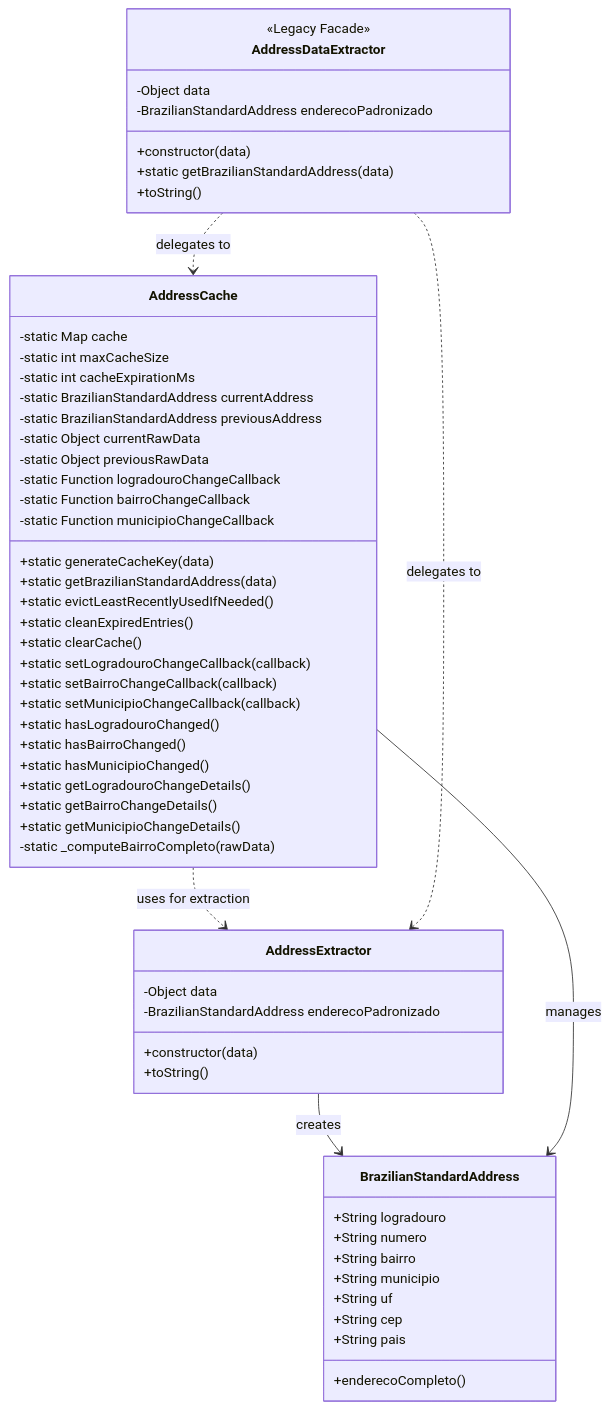
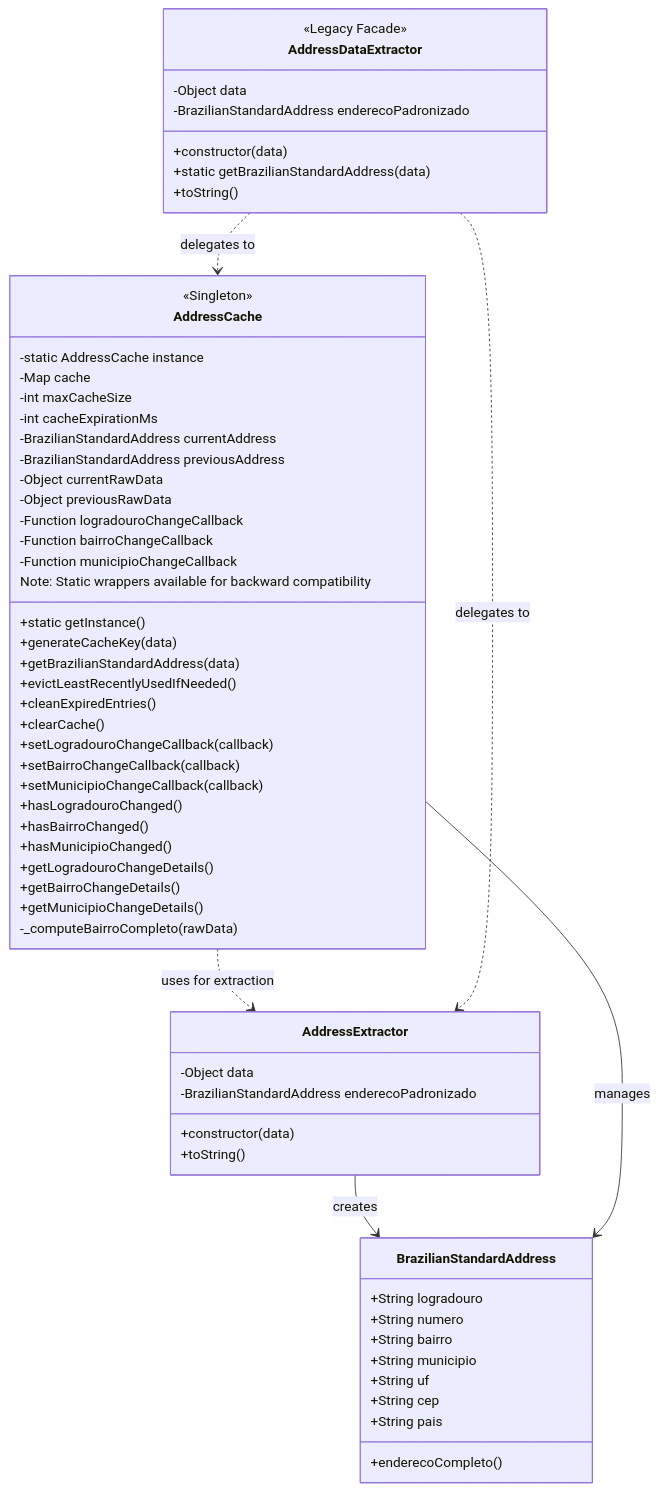
One commit to mpbarbosa/guia.js changed the first of 2 diagrams in docs/CLASS_DIAGRAM.md. Above: the diagram before and after it, drawn with Mermaid. The commit also changed other lines of this file, not shown here.

Commit message:
Update documentation for AddressCache singleton pattern
Update CLASS_DIAGRAM.md to reflect singleton pattern implementation:
- Document getInstance() method and singleton instance
- Update class diagram to show singleton stereotype
- Update usage examples with both static wrapper and instance usage
- Update best practices to include singleton-specific guidance
- Add testing notes for singleton behavior verification

````diff
--- a/docs/CLASS_DIAGRAM.md
+++ b/docs/CLASS_DIAGRAM.md
@@ -35,63 +35,67 @@
 ```mermaid
 classDiagram
     class AddressExtractor {
         -Object data
         -BrazilianStandardAddress enderecoPadronizado
         +constructor(data)
         +toString()
     }
     
     class AddressCache {
-        -static Map cache
-        -static int maxCacheSize
-        -static int cacheExpirationMs
-        -static BrazilianStandardAddress currentAddress
-        -static BrazilianStandardAddress previousAddress
-        -static Object currentRawData
-        -static Object previousRawData
-        -static Function logradouroChangeCallback
-        -static Function bairroChangeCallback
-        -static Function municipioChangeCallback
-        +static generateCacheKey(data)
-        +static getBrazilianStandardAddress(data)
-        +static evictLeastRecentlyUsedIfNeeded()
-        +static cleanExpiredEntries()
-        +static clearCache()
-        +static setLogradouroChangeCallback(callback)
-        +static setBairroChangeCallback(callback)
-        +static setMunicipioChangeCallback(callback)
-        +static hasLogradouroChanged()
-        +static hasBairroChanged()
-        +static hasMunicipioChanged()
-        +static getLogradouroChangeDetails()
-        +static getBairroChangeDetails()
-        +static getMunicipioChangeDetails()
-        -static _computeBairroCompleto(rawData)
+        <<Singleton>>
+        -static AddressCache instance
+        -Map cache
+        -int maxCacheSize
+        -int cacheExpirationMs
+        -BrazilianStandardAddress currentAddress
+        -BrazilianStandardAddress previousAddress
+        -Object currentRawData
+        -Object previousRawData
+        -Function logradouroChangeCallback
+        -Function bairroChangeCallback
+        -Function municipioChangeCallback
+        +static getInstance()
+        +generateCacheKey(data)
+        +getBrazilianStandardAddress(data)
+        +evictLeastRecentlyUsedIfNeeded()
+        +cleanExpiredEntries()
+        +clearCache()
+        +setLogradouroChangeCallback(callback)
+        +setBairroChangeCallback(callback)
+        +setMunicipioChangeCallback(callback)
+        +hasLogradouroChanged()
+        +hasBairroChanged()
+        +hasMunicipioChanged()
+        +getLogradouroChangeDetails()
+        +getBairroChangeDetails()
+        +getMunicipioChangeDetails()
+        -_computeBairroCompleto(rawData)
+        Note: Static wrappers available for backward compatibility
     }
     
     class AddressDataExtractor {
         <<Legacy Facade>>
         -Object data
         -BrazilianStandardAddress enderecoPadronizado
         +constructor(data)
         +static getBrazilianStandardAddress(data)
         +toString()
     }
     
     class BrazilianStandardAddress {
         +String logradouro
         +String numero
         +String bairro
         +String municipio
         +String uf
         +String cep
         +String pais
         +enderecoCompleto()
     }
     
     AddressExtractor --> BrazilianStandardAddress: creates
     AddressCache --> BrazilianStandardAddress: manages
     AddressCache ..> AddressExtractor: uses for extraction
     AddressDataExtractor ..> AddressExtractor: delegates to
     AddressDataExtractor ..> AddressCache: delegates to
 ```
````
